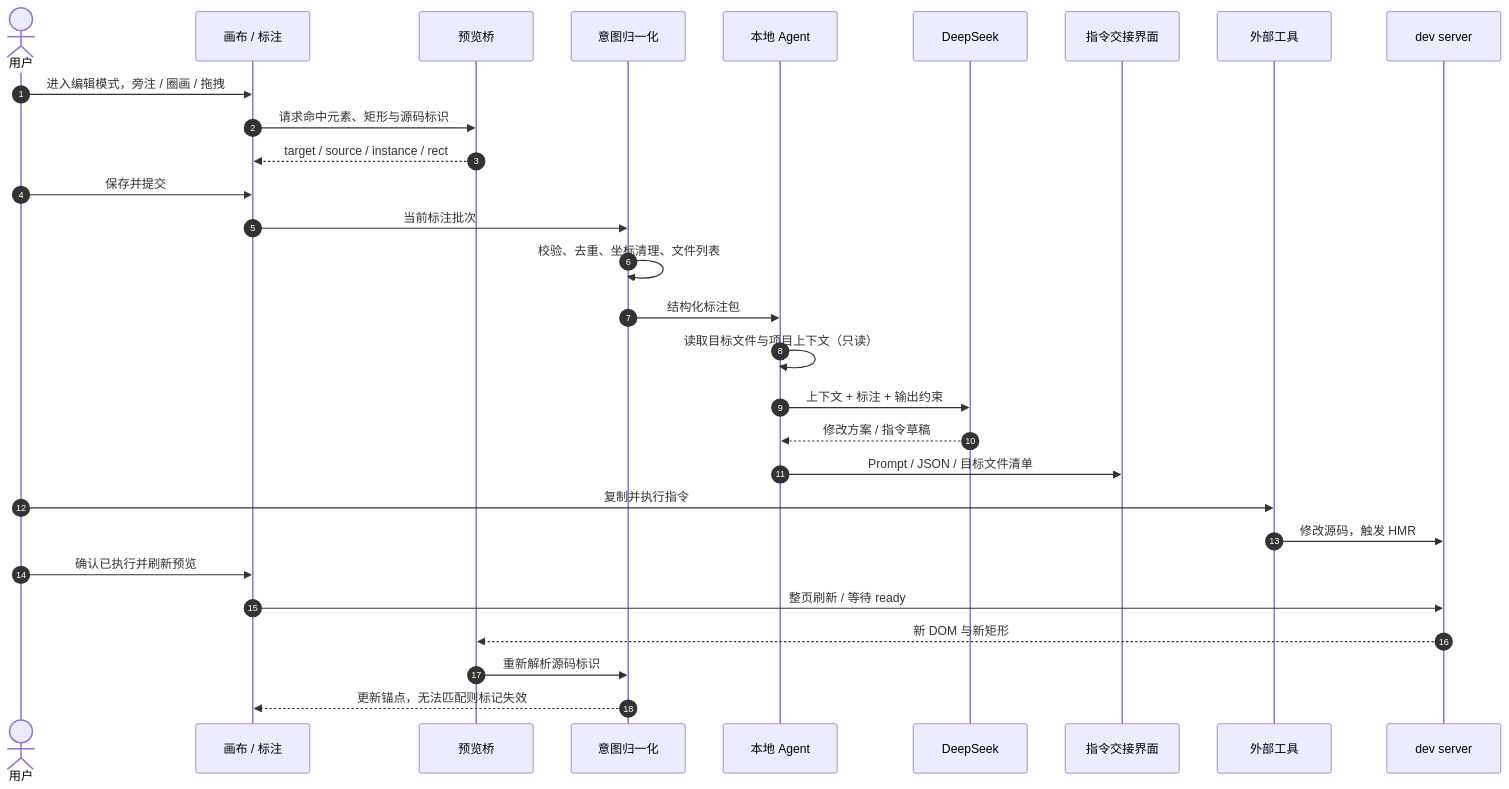
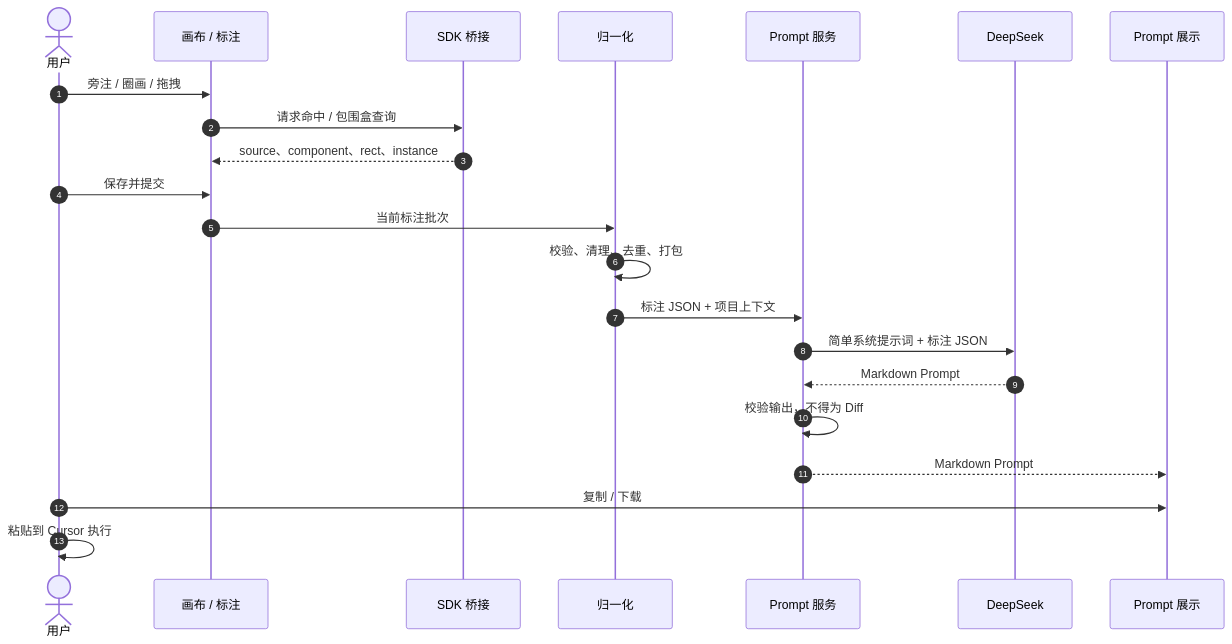
Before and after one commit to Cai199999/vibe-app: the fourth of 5 diagrams in docs/design/01.功能模块梳理.md, drawn with Mermaid. The commit also changed other lines of this file and 4 other files, not shown here.

````diff
--- a/docs/design/01.功能模块梳理.md
+++ b/docs/design/01.功能模块梳理.md
@@ -169,32 +531,25 @@
 ```mermaid
 sequenceDiagram
     autonumber
     actor U as 用户
-    participant CV as 画布 / 标注
-    participant PB as 预览桥
-    participant NM as 意图归一化
-    participant AG as 本地 Agent
+    participant C as 画布 / 标注
+    participant B as SDK 桥接
+    participant N as 归一化
+    participant API as Prompt 服务
     participant DS as DeepSeek
-    participant UI as 指令交接界面
-    participant EXT as 外部工具
-    participant DEV as dev server
+    participant UI as Prompt 展示
 
-    U->>CV: 进入编辑模式，旁注 / 圈画 / 拖拽
-    CV->>PB: 请求命中元素、矩形与源码标识
-    PB-->>CV: target / source / instance / rect
-    U->>CV: 保存并提交
-    CV->>NM: 当前标注批次
-    NM->>NM: 校验、去重、坐标清理、文件列表
-    NM->>AG: 结构化标注包
-    AG->>AG: 读取目标文件与项目上下文（只读）
-    AG->>DS: 上下文 + 标注 + 输出约束
-    DS-->>AG: 修改方案 / 指令草稿
-    AG->>UI: Prompt / JSON / 目标文件清单
-    U->>EXT: 复制并执行指令
-    EXT->>DEV: 修改源码，触发 HMR
-    U->>CV: 确认已执行并刷新预览
-    CV->>DEV: 整页刷新 / 等待 ready
-    DEV-->>PB: 新 DOM 与新矩形
-    PB->>NM: 重新解析源码标识
-    NM-->>CV: 更新锚点，无法匹配则标记失效
+    U->>C: 旁注 / 圈画 / 拖拽
+    C->>B: 请求命中 / 包围盒查询
+    B-->>C: source、component、rect、instance
+    U->>C: 保存并提交
+    C->>N: 当前标注批次
+    N->>N: 校验、清理、去重、打包
+    N->>API: 标注 JSON + 项目上下文
+    API->>DS: 简单系统提示词 + 标注 JSON
+    DS-->>API: Markdown Prompt
+    API->>API: 校验输出，不得为 Diff
+    API-->>UI: Markdown Prompt
+    U->>UI: 复制 / 下载
+    U->>U: 粘贴到 Cursor 执行
 ```
````
